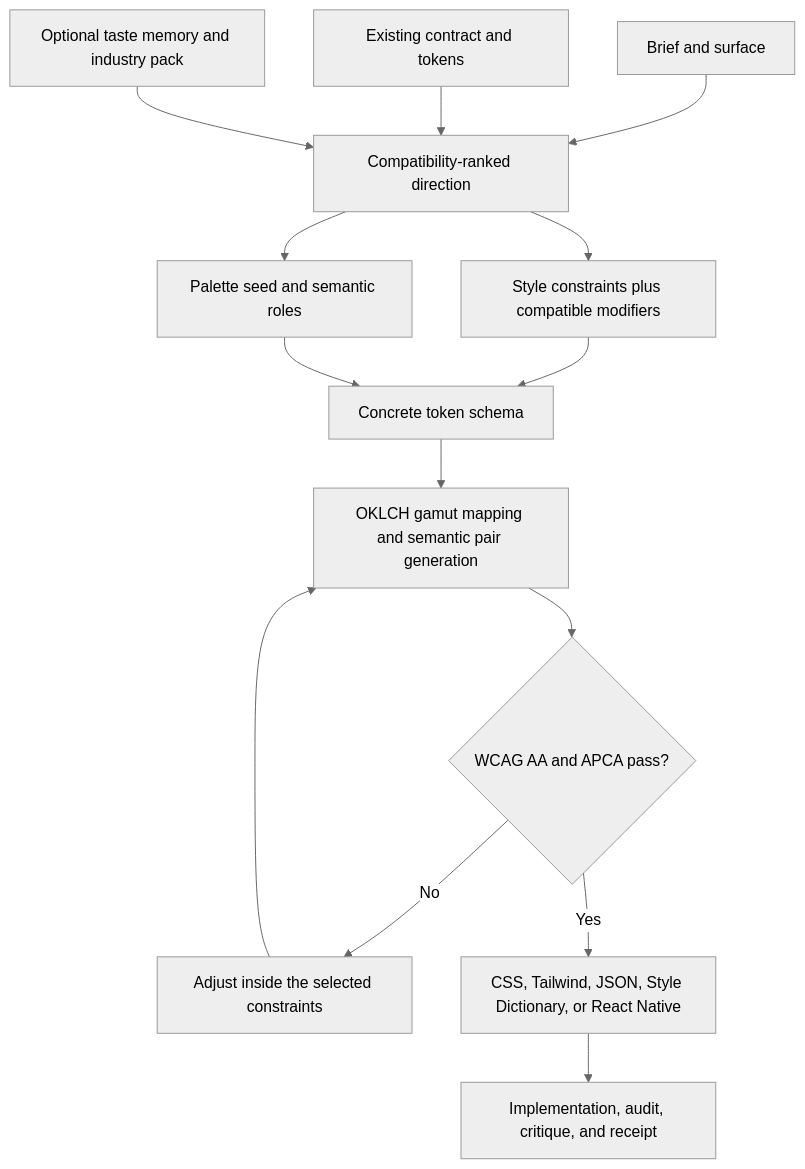
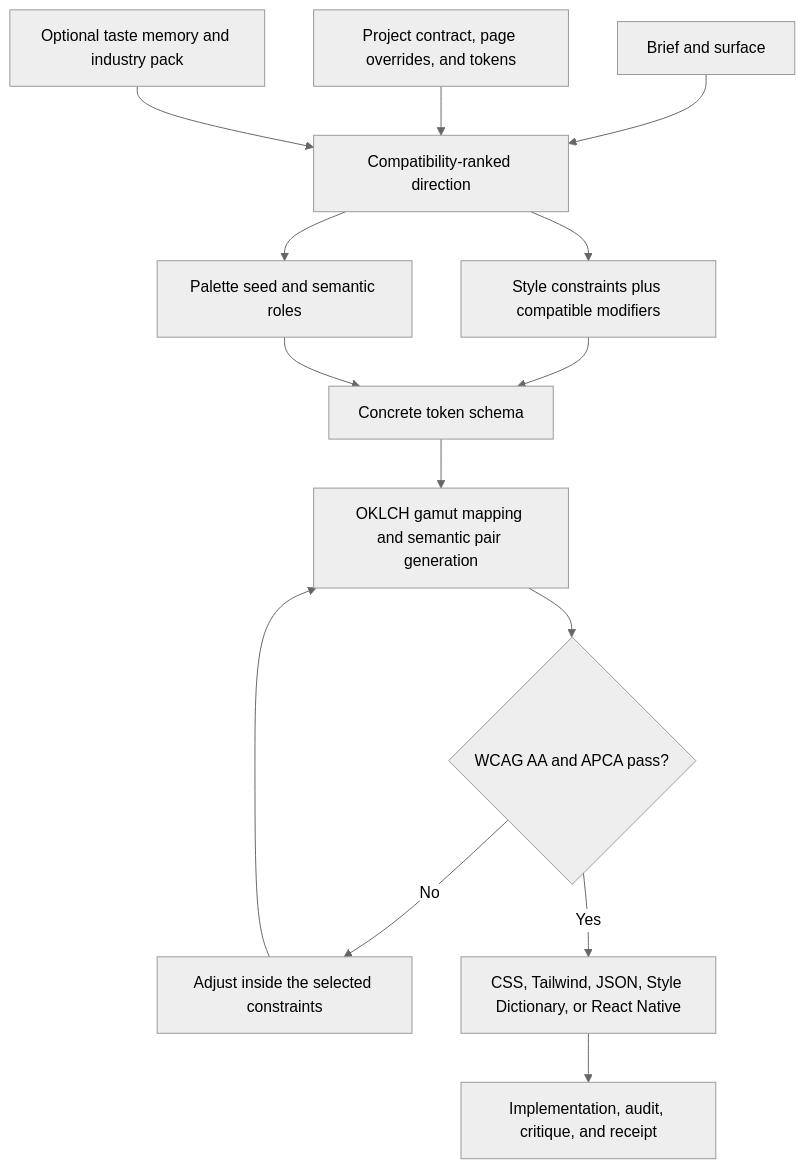
Before and after one commit to mSolstice/Kinetic-UI-UX-Pro: the diagram in README.md, drawn with Mermaid (neutral theme). The commit also changed other lines of this file and 6 other files, not shown here.

````diff
--- a/README.md
+++ b/README.md
@@ -93,16 +114,16 @@
 ```mermaid
 flowchart TD
     A[Brief and surface] --> D[Compatibility-ranked direction]
-    B[Existing contract and tokens] --> D
+    B[Project contract, page overrides, and tokens] --> D
     C[Optional taste memory and industry pack] --> D
     D --> E[Style constraints plus compatible modifiers]
     D --> F[Palette seed and semantic roles]
     E --> G[Concrete token schema]
     F --> G
     G --> H[OKLCH gamut mapping and semantic pair generation]
     H --> I{WCAG AA and APCA pass?}
     I -- No --> J[Adjust inside the selected constraints]
     J --> H
     I -- Yes --> K[CSS, Tailwind, JSON, Style Dictionary, or React Native]
     K --> L[Implementation, audit, critique, and receipt]
 ```
````
